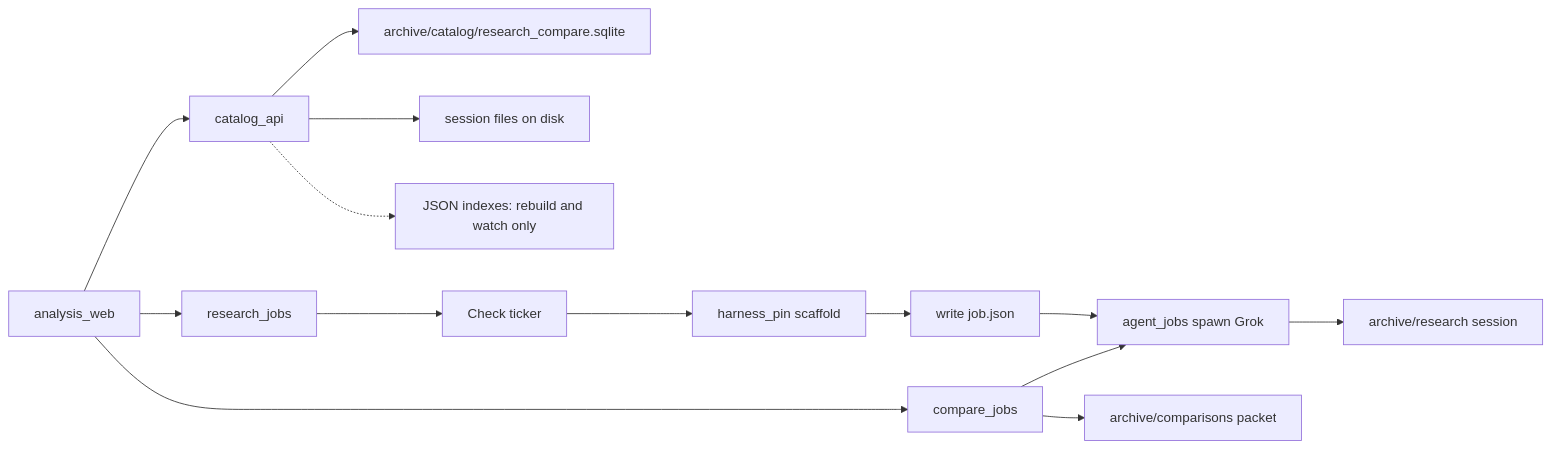
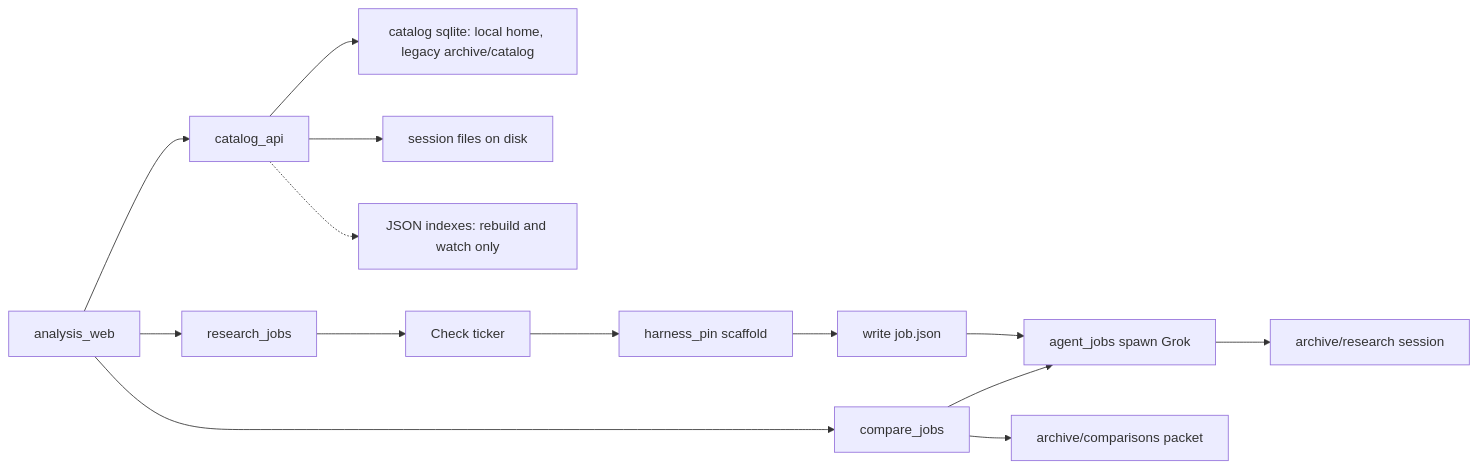
Before and after one commit to hychowah/stock-analyzer: the third of 3 diagrams in ARCHITECTURE.md, drawn with Mermaid. The commit also changed other lines of this file and 160 other files, not shown here.

First line of the commit message:
Persist Grok job intent before spawn; park catalog sqlite locally

````diff
--- a/ARCHITECTURE.md
+++ b/ARCHITECTURE.md
@@ -165,18 +165,18 @@
 ```mermaid
 flowchart LR
   UI[analysis_web] --> Cat[catalog_api]
-  Cat --> SQLite[archive/catalog/research_compare.sqlite]
+  Cat --> SQLite[catalog sqlite: local home, legacy archive/catalog]
   Cat --> Files[session files on disk]
   Cat -.-> JSON[JSON indexes: rebuild and watch only]
 
   UI --> RJ[research_jobs]
   RJ --> Check[Check ticker]
   Check --> Pin[harness_pin scaffold]
   Pin --> Job[write job.json]
   Job --> Spawn[agent_jobs spawn Grok]
   Spawn --> Session[archive/research session]
 
   UI --> CJ[compare_jobs]
   CJ --> Spawn
   CJ --> Packet[archive/comparisons packet]
 ```
````
